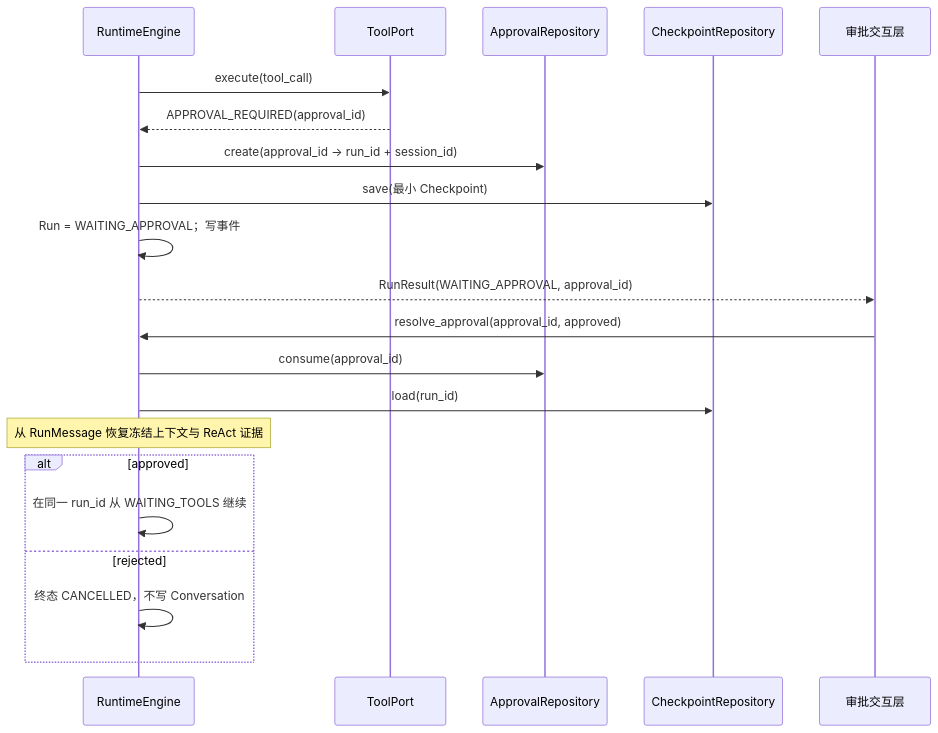
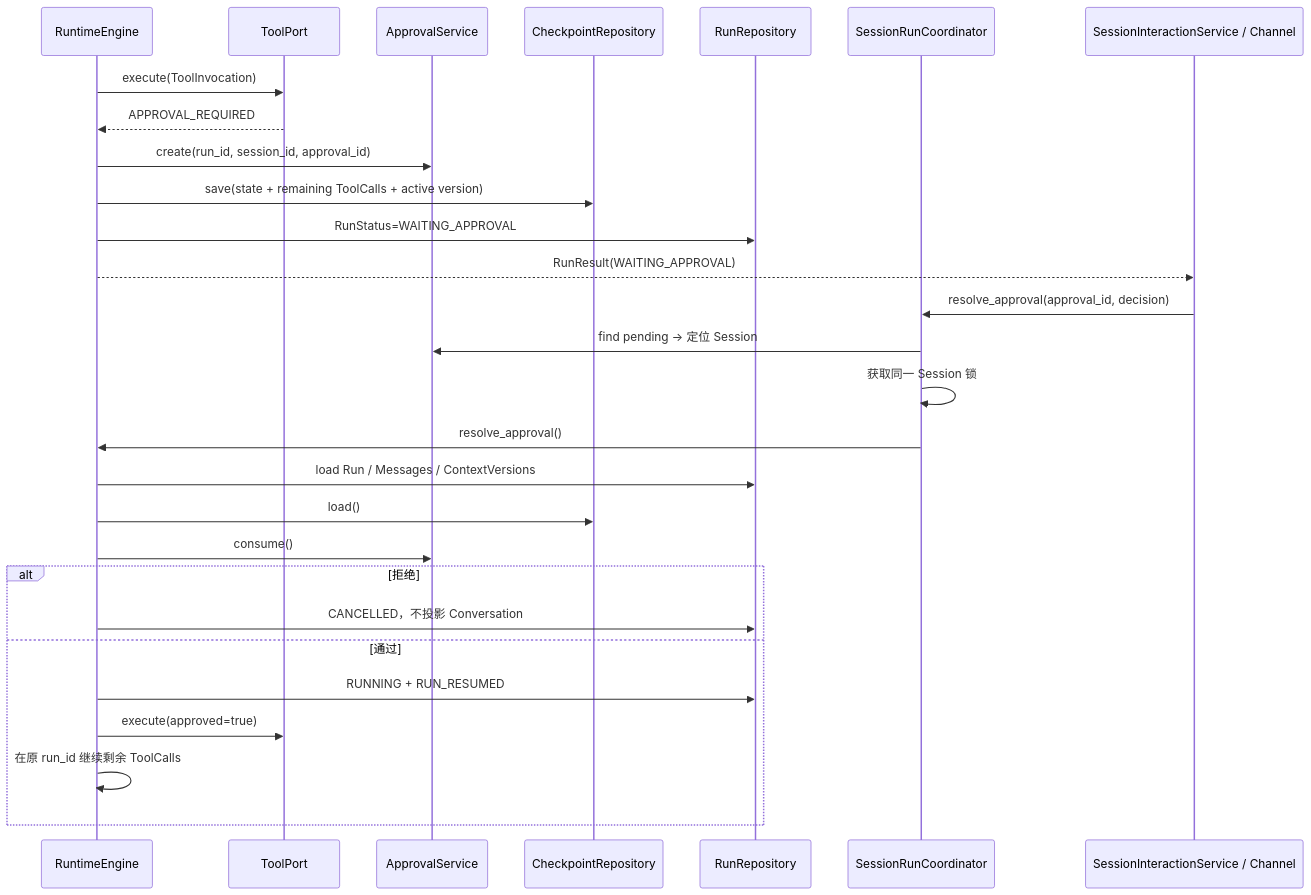
One commit to aandbcct/dotClaw changed the tenth of 14 diagrams in docs/wiki/Runtime 模块总体说明.md. Above: the diagram before and after it, drawn with Mermaid. The commit also changed other lines of this file and 6 other files, not shown here.

````diff
--- a/docs/wiki/Runtime 模块总体说明.md
+++ b/docs/wiki/Runtime 模块总体说明.md
@@ -312,25 +1366,33 @@
 ```mermaid
 sequenceDiagram
-    participant R as RuntimeEngine
-    participant T as ToolPort
-    participant A as ApprovalRepository
-    participant C as CheckpointRepository
-    participant U as 审批交互层
+    participant Engine as RuntimeEngine
+    participant Tool as ToolPort
+    participant Approval as ApprovalService
+    participant Checkpoint as CheckpointRepository
+    participant RunRepo as RunRepository
+    participant Coord as SessionRunCoordinator
+    participant Entry as SessionInteractionService / Channel
 
-    R->>T: execute(tool_call)
-    T-->>R: APPROVAL_REQUIRED(approval_id)
-    R->>A: create(approval_id → run_id + session_id)
-    R->>C: save(最小 Checkpoint)
-    R->>R: Run = WAITING_APPROVAL；写事件
-    R-->>U: RunResult(WAITING_APPROVAL, approval_id)
+    Engine->>Tool: execute(ToolInvocation)
+    Tool-->>Engine: APPROVAL_REQUIRED
+    Engine->>Approval: create(run_id, session_id, approval_id)
+    Engine->>Checkpoint: save(state + remaining ToolCalls + active version)
+    Engine->>RunRepo: RunStatus=WAITING_APPROVAL
+    Engine-->>Entry: RunResult(WAITING_APPROVAL)
 
-    U->>R: resolve_approval(approval_id, approved)
-    R->>A: consume(approval_id)
-    R->>C: load(run_id)
-    Note over R: 从 RunMessage 恢复冻结上下文与 ReAct 证据
-    alt approved
-        R->>R: 在同一 run_id 从 WAITING_TOOLS 继续
-    else rejected
-        R->>R: 终态 CANCELLED，不写 Conversation
+    Entry->>Coord: resolve_approval(approval_id, decision)
+    Coord->>Approval: find pending → 定位 Session
+    Coord->>Coord: 获取同一 Session 锁
+    Coord->>Engine: resolve_approval()
+
+    Engine->>RunRepo: load Run / Messages / ContextVersions
+    Engine->>Checkpoint: load()
+    Engine->>Approval: consume()
+    alt 拒绝
+        Engine->>RunRepo: CANCELLED，不投影 Conversation
+    else 通过
+        Engine->>RunRepo: RUNNING + RUN_RESUMED
+        Engine->>Tool: execute(approved=true)
+        Engine->>Engine: 在原 run_id 继续剩余 ToolCalls
     end
 ```
````
